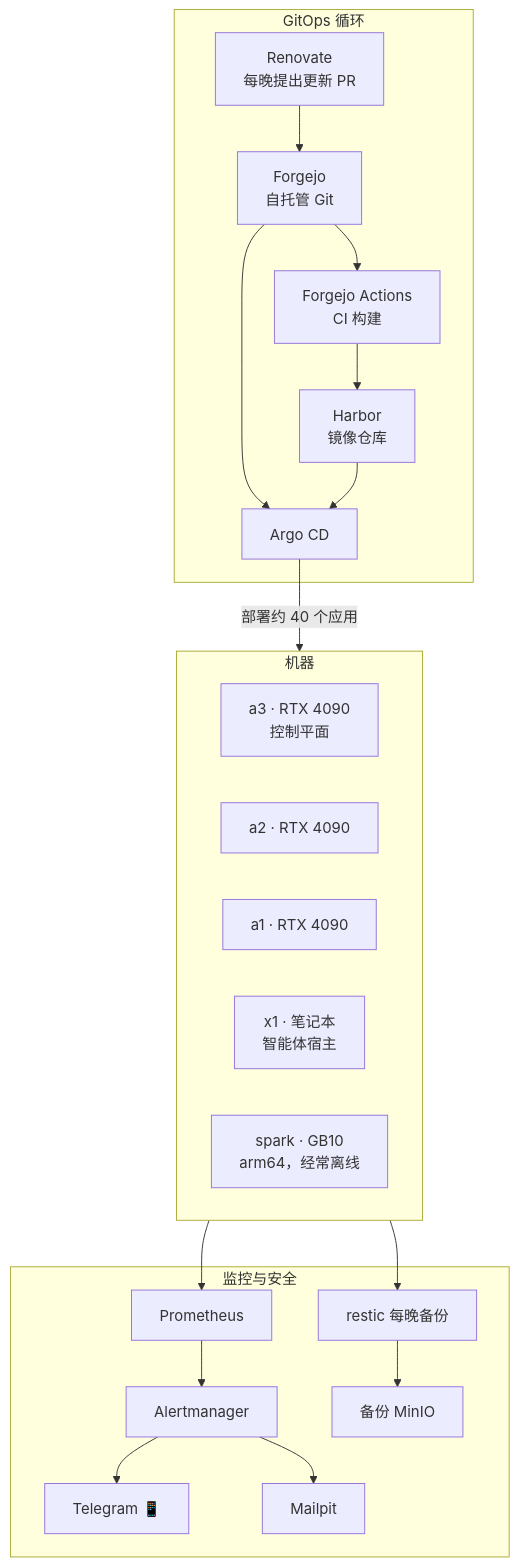
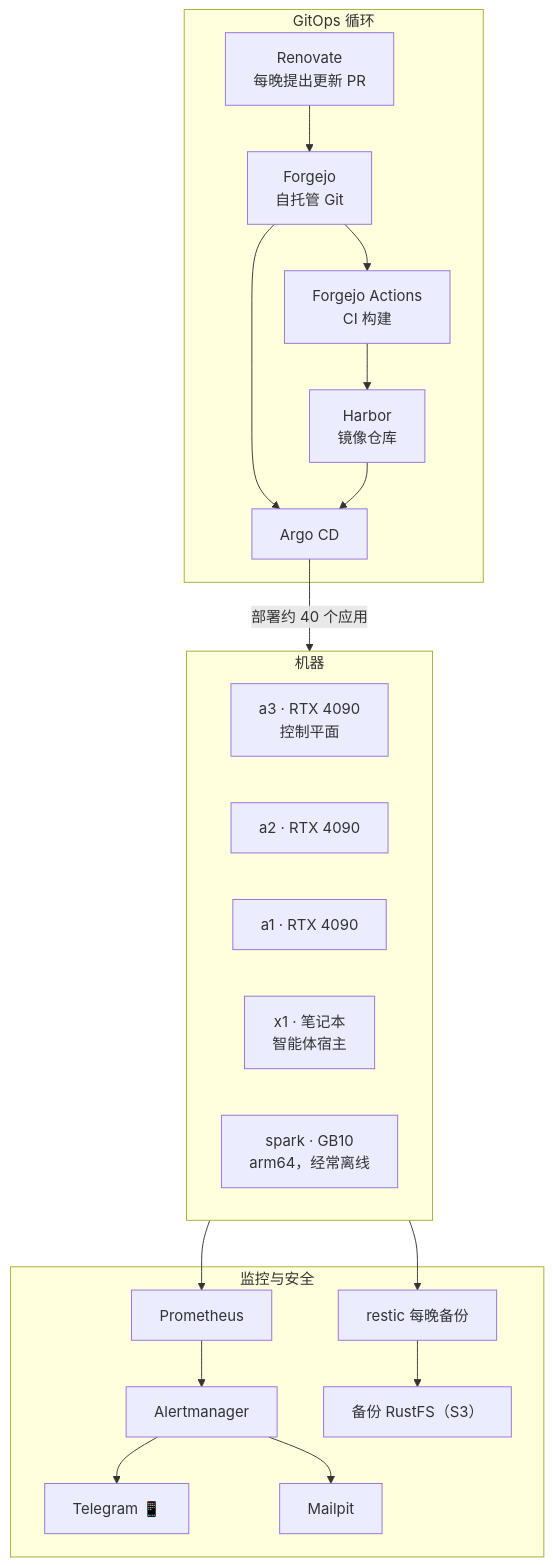
One commit to briancaffey/home-lab changed the diagram in docs-site/i18n/zh-Hans/docusaurus-plugin-content-docs/current/index.md. Above: the diagram before and after it, drawn with Mermaid. The commit also changed 28 other files, not shown here.

````diff
--- a/docs-site/i18n/zh-Hans/docusaurus-plugin-content-docs/current/index.md
+++ b/docs-site/i18n/zh-Hans/docusaurus-plugin-content-docs/current/index.md
@@ -25,30 +25,30 @@
 ```mermaid
 flowchart TB
   subgraph machines["机器"]
     a3["a3 · RTX 4090<br/>控制平面"]
     a2["a2 · RTX 4090"]
     a1["a1 · RTX 4090"]
     x1["x1 · 笔记本<br/>智能体宿主"]
     spark["spark · GB10<br/>arm64，经常离线"]
   end
 
   subgraph loop["GitOps 循环"]
     renovate["Renovate<br/>每晚提出更新 PR"] --> forgejo["Forgejo<br/>自托管 Git"]
     forgejo --> actions["Forgejo Actions<br/>CI 构建"]
     actions --> harbor["Harbor<br/>镜像仓库"]
     forgejo --> argo["Argo CD"]
     harbor --> argo
   end
 
   argo -->|部署约 40 个应用| machines
 
   subgraph watch["监控与安全"]
     prom["Prometheus"] --> am["Alertmanager"]
     am --> tg["Telegram 📱"]
     am --> mp["Mailpit"]
-    restic["restic 每晚备份"] --> minio["备份 MinIO"]
+    restic["restic 每晚备份"] --> minio["备份 RustFS（S3）"]
   end
 
   machines --> prom
   machines --> restic
 ```
````
